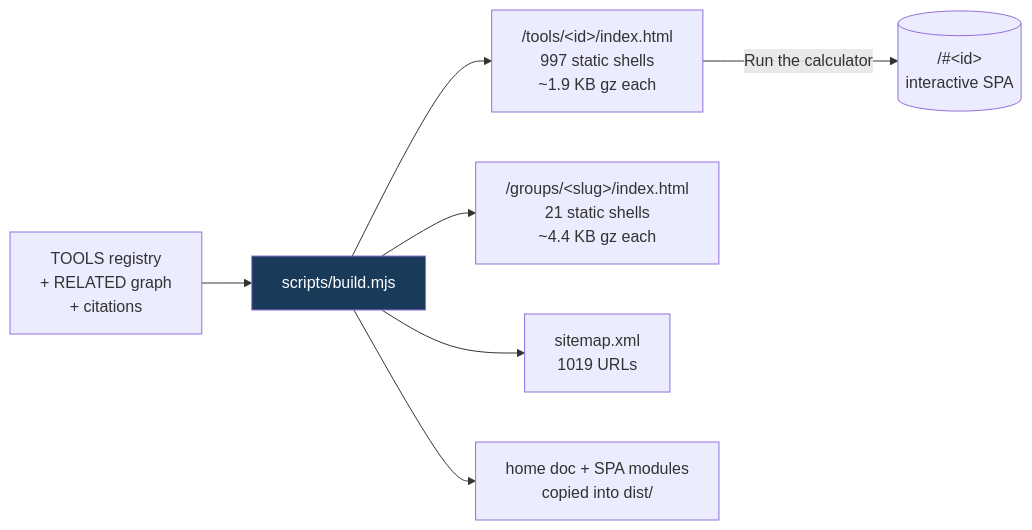
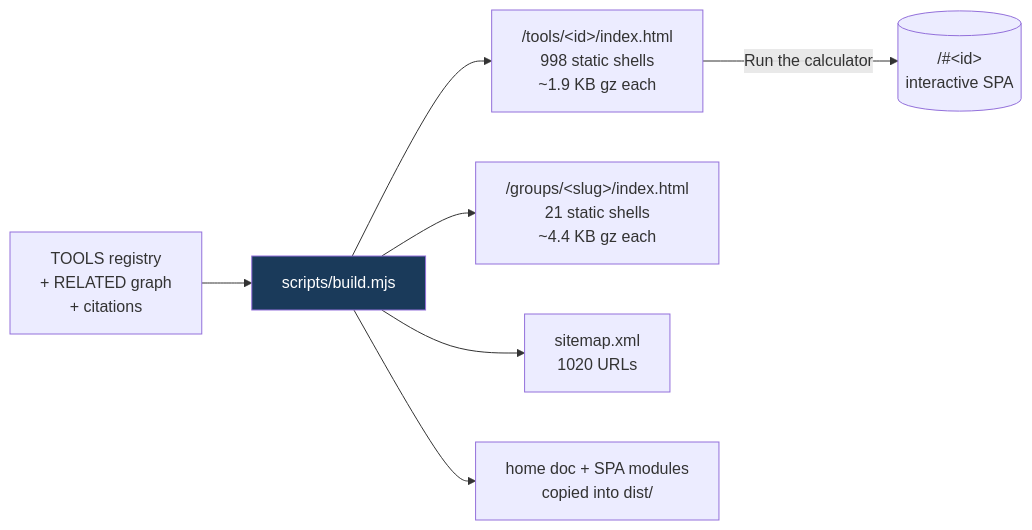
Before and after one commit to clay-good/roughlogic.com: the fifth of 8 diagrams in README.md, drawn with Mermaid. The commit also changed other lines of this file and 12 other files, not shown here.

````diff
--- a/README.md
+++ b/README.md
@@ -495,10 +495,10 @@
 ```mermaid
 flowchart LR
     SRC[TOOLS registry\n+ RELATED graph\n+ citations] --> BUILD[scripts/build.mjs]
-    BUILD --> TILE["/tools/&lt;id&gt;/index.html\n997 static shells\n~1.9 KB gz each"]
+    BUILD --> TILE["/tools/&lt;id&gt;/index.html\n998 static shells\n~1.9 KB gz each"]
     BUILD --> GROUP["/groups/&lt;slug&gt;/index.html\n21 static shells\n~4.4 KB gz each"]
-    BUILD --> MAP["sitemap.xml\n1019 URLs"]
+    BUILD --> MAP["sitemap.xml\n1020 URLs"]
     BUILD --> COPY[home doc + SPA modules\ncopied into dist/]
     TILE -->|Run the calculator| SPA[("/#&lt;id&gt;\ninteractive SPA")]
     style BUILD fill:#1a3a5a,color:#fff
 ```
````
